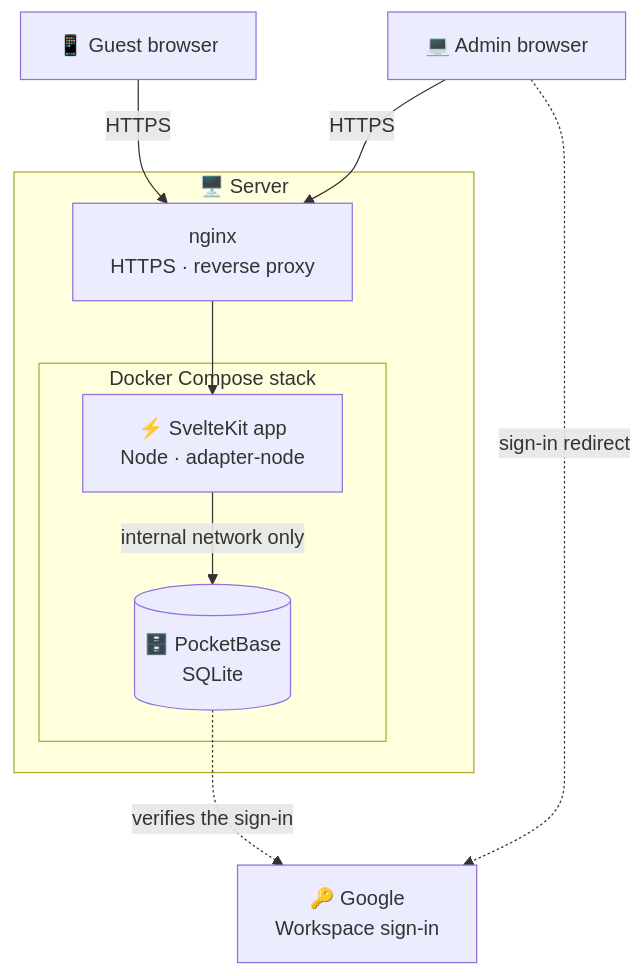
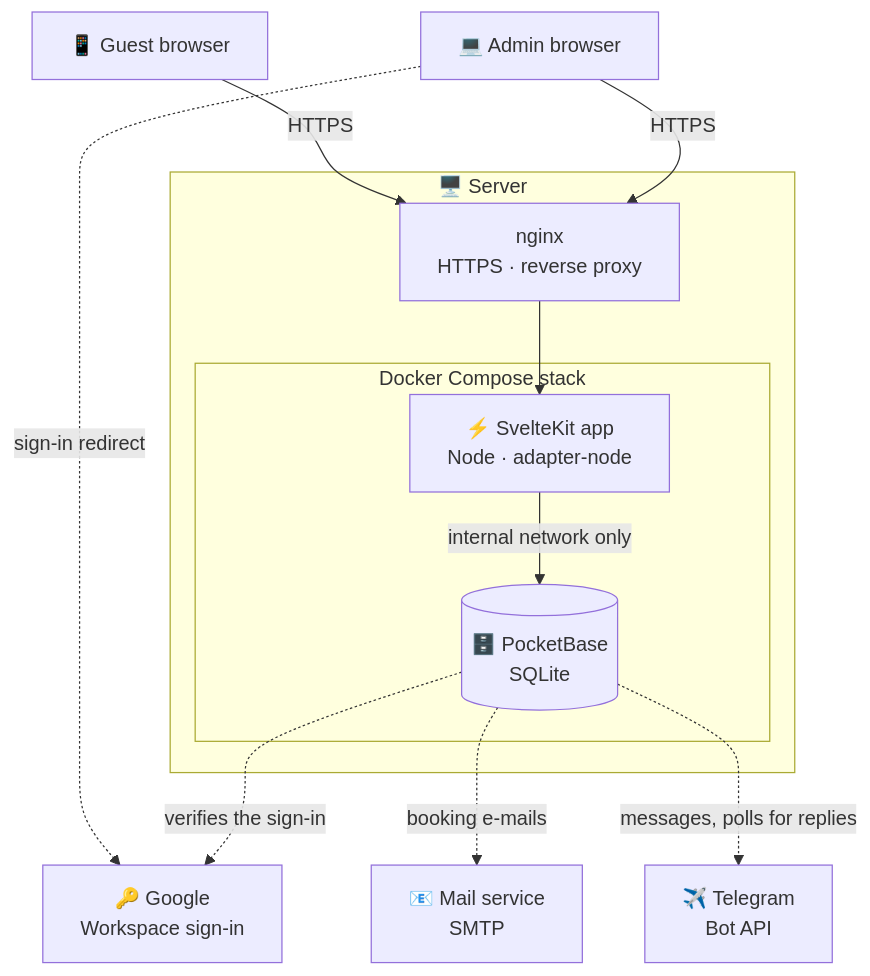
The first of 3 diagrams in docs/reference/architecture.md (MorpheusMXML/hamburn-cozynights), drawn with Mermaid before and after one commit. The commit also changed other lines of this file and 5 other files, not shown here.

````diff
--- a/docs/reference/architecture.md
+++ b/docs/reference/architecture.md
@@ -7,21 +7,25 @@
 ```mermaid
 flowchart TB
   guest["📱 Guest browser"]
   admin["💻 Admin browser"]
   google["🔑 Google<br/>Workspace sign-in"]
+  mail["📧 Mail service<br/>SMTP"]
+  telegram["✈️ Telegram<br/>Bot API"]
 
   subgraph server["🖥️ Server"]
     nginx["nginx<br/>HTTPS · reverse proxy"]
     subgraph docker["Docker Compose stack"]
       app["⚡ SvelteKit app<br/>Node · adapter-node"]
       pb[("🗄️ PocketBase<br/>SQLite")]
     end
   end
 
   guest -- HTTPS --> nginx
   admin -- HTTPS --> nginx
   nginx --> app
   app -- "internal network only" --> pb
   admin -. "sign-in redirect" .-> google
   pb -. "verifies the sign-in" .-> google
+  pb -. "booking e-mails" .-> mail
+  pb -. "messages, polls for replies" .-> telegram
 ```
````
